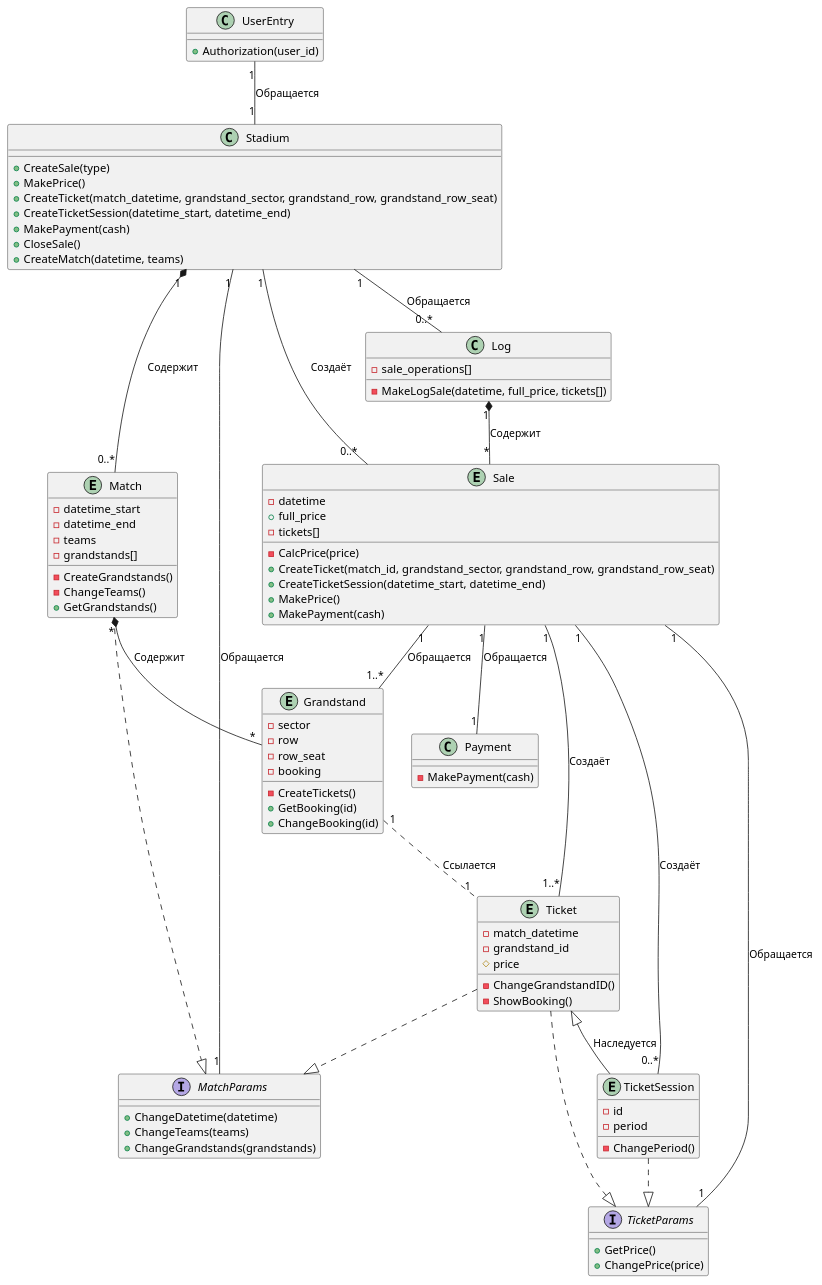
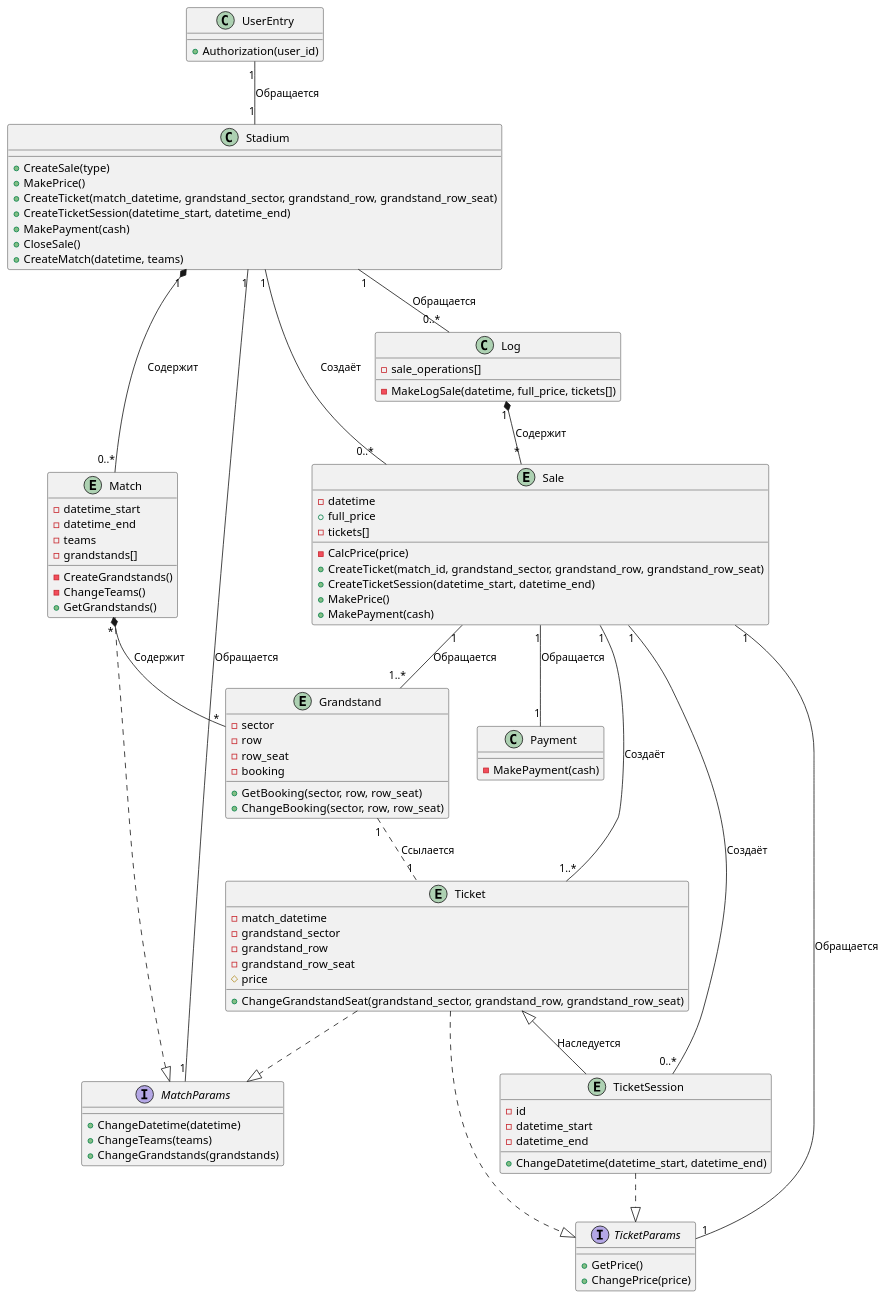
The diagram in Модель предметной области.md (penamarth/bsbo-03-23_team4_var10_football), drawn with PlantUML before and after one commit.

Commit message:
Правка полей и функций Ticket, TicketSession и Grandstand

```diff
--- a/Модель предметной области.md
+++ b/Модель предметной области.md
@@ -30,23 +30,24 @@
     - row
     - row_seat
     - booking
-    - CreateTickets()
-    + GetBooking(id)
-    + ChangeBooking(id)
+    + GetBooking(sector, row, row_seat)
+    + ChangeBooking(sector, row, row_seat)
 }
 entity Ticket
 {
     - match_datetime
-    - grandstand_id
+    - grandstand_sector
+    - grandstand_row
+    - grandstand_row_seat
     # price
-    - ChangeGrandstandID()
-    - ShowBooking()
+    + ChangeGrandstandSeat(grandstand_sector, grandstand_row, grandstand_row_seat)
 }
 entity TicketSession
 {
     - id
-    - period
-    - ChangePeriod()
+    - datetime_start
+    - datetime_end
+    + ChangeDatetime(datetime_start, datetime_end)
 }
 entity Sale
 {
```
